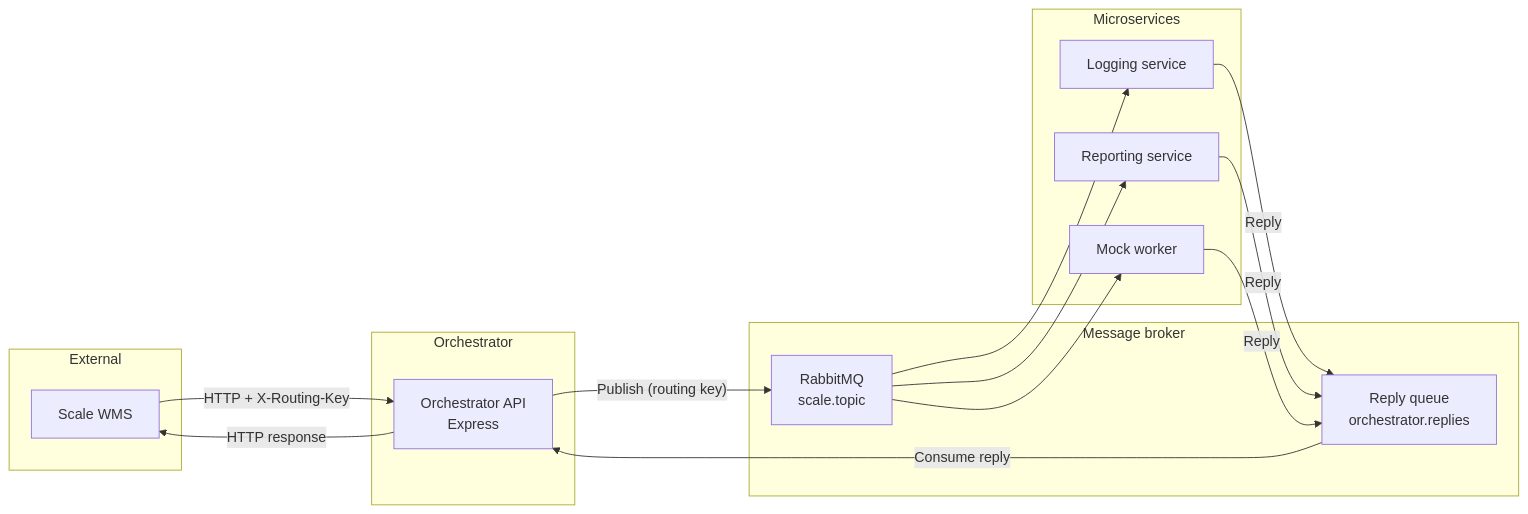
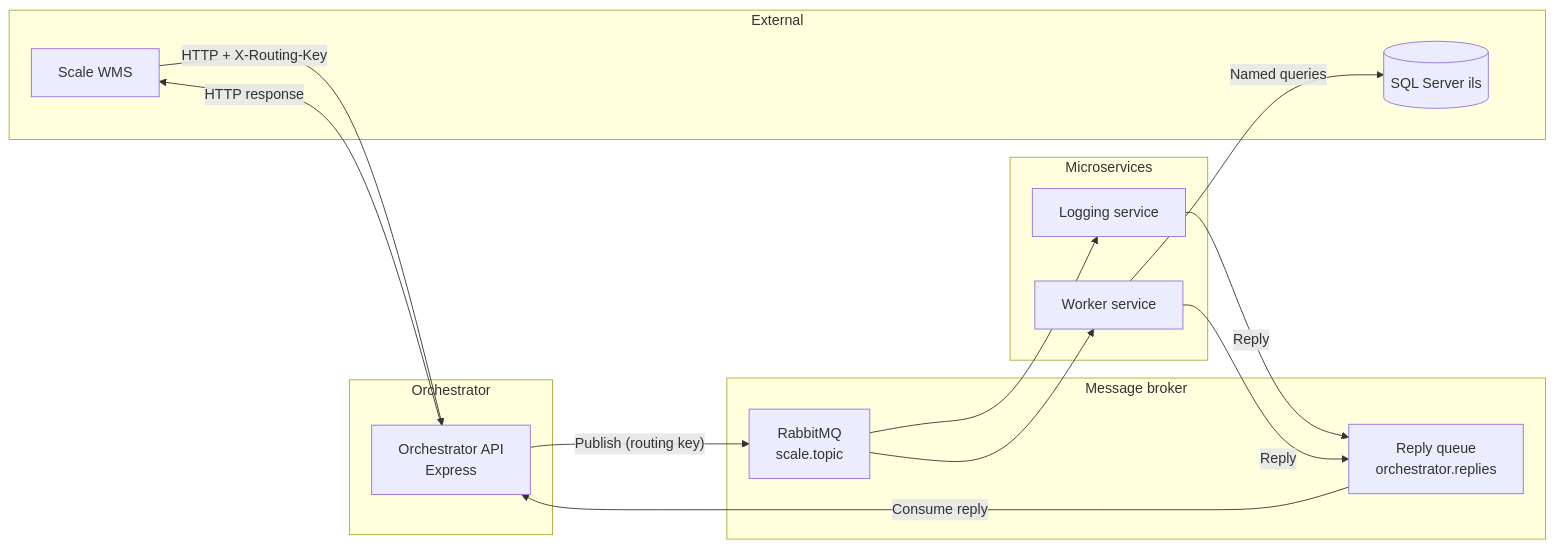
The first of 3 diagrams in docs/ARCHITECTURE.md (CosminMihai09/scale-wms-orchestrator), drawn with Mermaid before and after one commit. The commit also changed other lines of this file and 27 other files, not shown here.

First line of the commit message:
feat: add SQL Server worker and centralize database config

````diff
--- a/docs/ARCHITECTURE.md
+++ b/docs/ARCHITECTURE.md
@@ -40,32 +41,31 @@
 ```mermaid
 flowchart LR
     subgraph External
         WMS[Scale WMS]
+        SQL[("SQL Server ils")]
     end
 
     subgraph "Orchestrator"
         API[Orchestrator API<br/>Express]
     end
 
     subgraph "Message broker"
         RMQ[RabbitMQ<br/>scale.topic]
         RQ[Reply queue<br/>orchestrator.replies]
     end
 
     subgraph "Microservices"
         LOG[Logging service]
-        RPT[Reporting service]
-        WRK[Mock worker]
+        WRK[Worker service]
     end
 
     WMS -->|"HTTP + X-Routing-Key"| API
     API -->|"Publish (routing key)"| RMQ
     RMQ --> LOG
-    RMQ --> RPT
     RMQ --> WRK
+    WRK -->|"Named queries"| SQL
     LOG -->|"Reply"| RQ
-    RPT -->|"Reply"| RQ
     WRK -->|"Reply"| RQ
     RQ -->|"Consume reply"| API
     API -->|"HTTP response"| WMS
 ```
````
